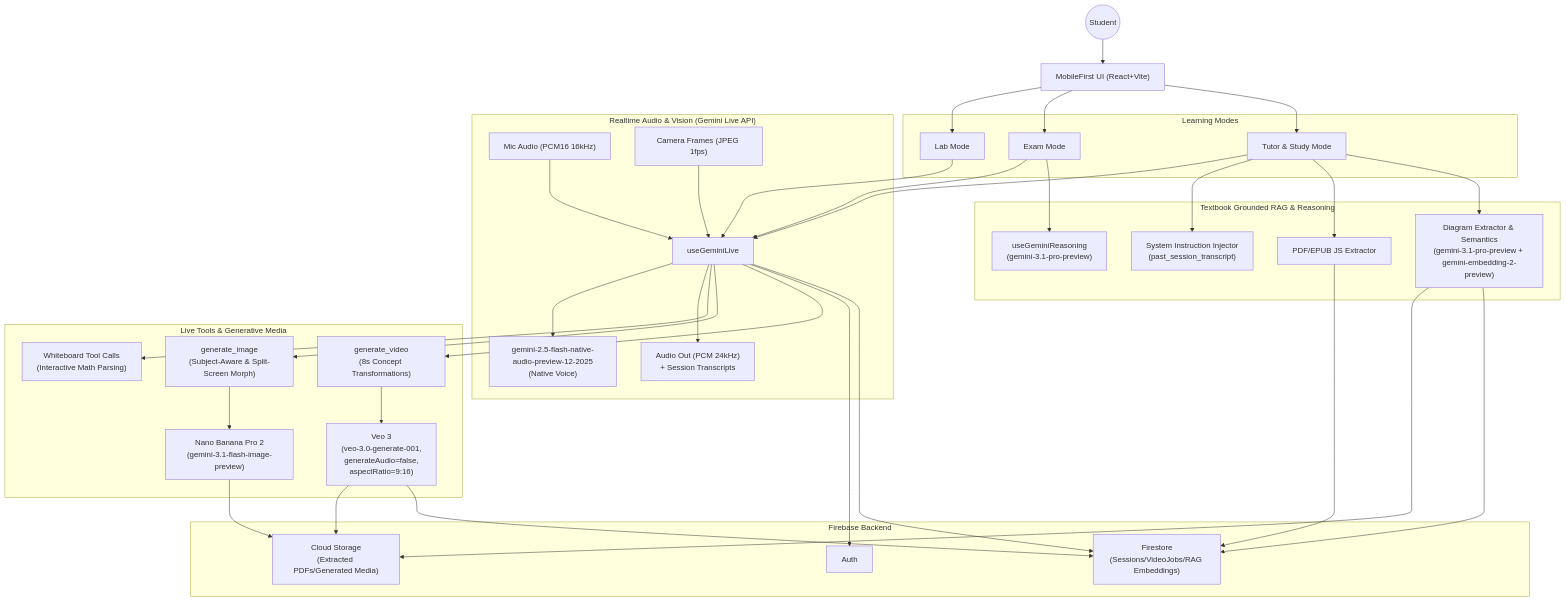
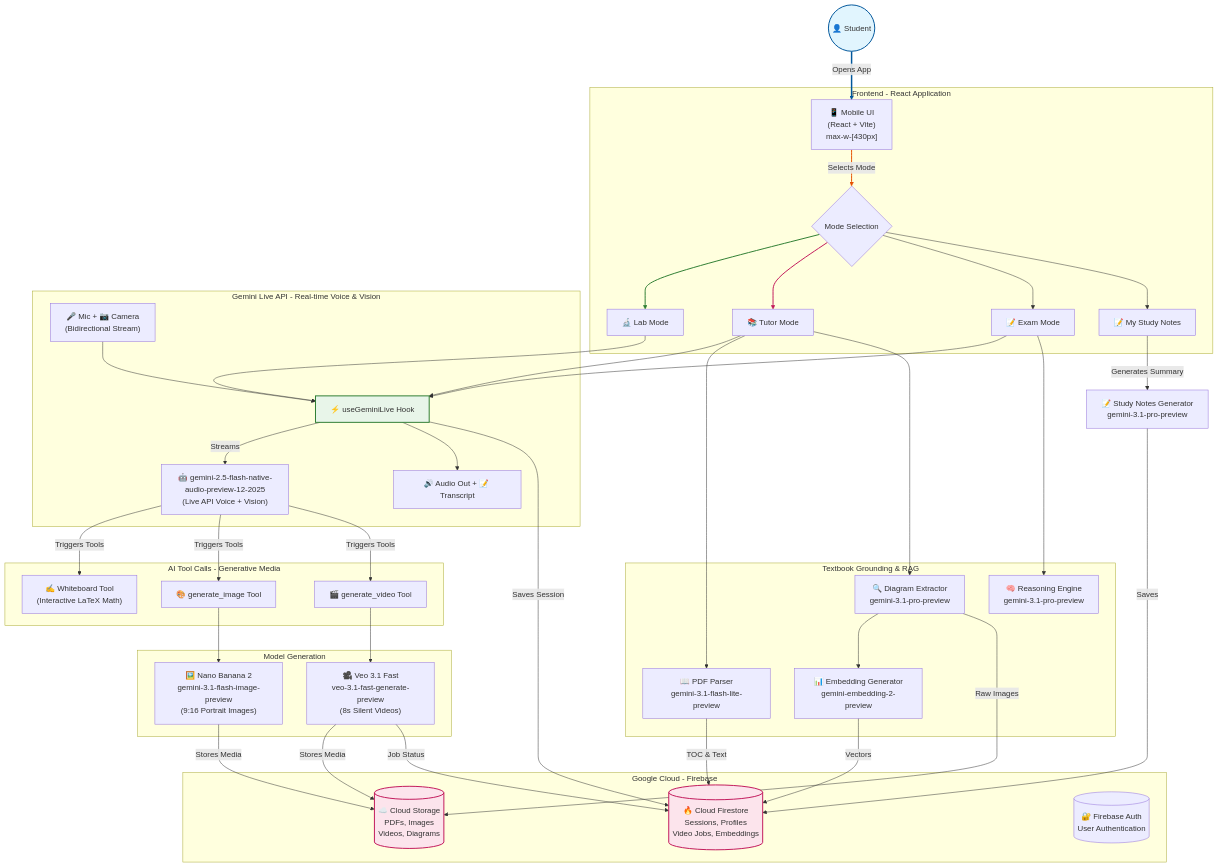
The diagram in README.md (pattipativenu/MAMA-AI-live-Agentic-Tutor-), drawn with Mermaid before and after one commit. The commit also changed other lines of this file and 4 other files, not shown here.

````diff
--- a/README.md
+++ b/README.md
@@ -26,74 +50,95 @@
 ```mermaid
 flowchart TB
-  User((Student))
-  MobileUI["MobileFirst UI (React+Vite)"]
-  User --> MobileUI
-
-  subgraph Modes["Learning Modes"]
-    LabMode["Lab Mode"]
-    ExamMode["Exam Mode"]
-    TutorMode["Tutor & Study Mode"]
-  end
-
-  MobileUI --> LabMode
-  MobileUI --> ExamMode
-  MobileUI --> TutorMode
-
-  subgraph Live["Realtime Audio & Vision (Gemini Live API)"]
-    useGeminiLive["useGeminiLive"]
-    LiveModelLabExam["gemini-2.5-flash-native-audio-preview-12-2025\n(Native Voice)"]
-    Mic["Mic Audio (PCM16 16kHz)"]
-    Cam["Camera Frames (JPEG 1fps)"]
-    LiveOut["Audio Out (PCM 24kHz)\n+ Session Transcripts"]
-  end
-
-  LabMode --> useGeminiLive
-  ExamMode --> useGeminiLive
-  TutorMode --> useGeminiLive
-
-  useGeminiLive --> LiveModelLabExam
-  Mic --> useGeminiLive
-  Cam --> useGeminiLive
-  useGeminiLive --> LiveOut
-
-  subgraph Tools["Live Tools & Generative Media"]
-    Whiteboard["Whiteboard Tool Calls\n(Interactive Math Parsing)"]
-    ImgTool["generate_image\n(Subject-Aware & Split-Screen Morph)"]
-    VidTool["generate_video\n(8s Concept Transformations)"]
-    ImgGen["Nano Banana Pro 2\n(gemini-3.1-flash-image-preview)"]
-    VidGen["Veo 3\n(veo-3.0-generate-001,\ngenerateAudio=false,\naspectRatio=9:16)"]
-  end
-
-  useGeminiLive --> Whiteboard
-  useGeminiLive --> ImgTool
-  useGeminiLive --> VidTool
-  ImgTool --> ImgGen
-  VidTool --> VidGen
-
-  subgraph Firebase["Firebase Backend"]
-    Auth["Auth"]
-    Firestore["Firestore\n(Sessions/VideoJobs/RAG Embeddings)"]
-    Storage["Cloud Storage\n(Extracted PDFs/Generated Media)"]
-  end
-
-  useGeminiLive --> Auth
-  useGeminiLive --> Firestore
-  ImgGen --> Storage
-  VidGen --> Storage
-  VidGen --> Firestore
-
-  subgraph Grounding["Textbook Grounded RAG & Reasoning"]
-    TutorText["System Instruction Injector\n(past_session_transcript)"]
-    Eval["useGeminiReasoning\n(gemini-3.1-pro-preview)"]
-    TextbookParse["PDF/EPUB JS Extractor"]
-    DiagramExtract["Diagram Extractor & Semantics\n(gemini-3.1-pro-preview + gemini-embedding-2-preview)"]
-  end
-
-  TutorMode --> TutorText
-  ExamMode --> Eval
-  TutorMode --> TextbookParse
-  TutorMode --> DiagramExtract
-  TextbookParse --> Firestore
-  DiagramExtract --> Storage
-  DiagramExtract --> Firestore
+    %% Styling
+    classDef user fill:#e1f5fe,stroke:#01579b,stroke-width:2px
+    classDef frontend fill:#fff3e0,stroke:#e65100,stroke-width:2px
+    classDef gemini fill:#e8f5e9,stroke:#2e7d32,stroke-width:2px
+    classDef storage fill:#fce4ec,stroke:#c2185b,stroke-width:2px
+    classDef process fill:#f3e5f5,stroke:#7b1fa2,stroke-width:2px
+    
+    %% User Layer
+    User((👤 Student)):::user --> |"Opens App"| MobileUI["📱 Mobile UI<br/>(React + Vite)<br/>max-w-[430px]"]
+    
+    %% Frontend Layer
+    subgraph Frontend["Frontend - React Application"]
+        MobileUI --> |"Selects Mode"| ModeSelector{"Mode Selection"}
+        ModeSelector --> LabMode["🔬 Lab Mode"]
+        ModeSelector --> TutorMode["📚 Tutor Mode"]
+        ModeSelector --> ExamMode["📝 Exam Mode"]
+        ModeSelector --> NotesMode["📝 My Study Notes"]
+    end
+    
+    %% Live API Layer
+    subgraph LiveAPI["Gemini Live API - Real-time Voice & Vision"]
+        useGeminiLive["⚡ useGeminiLive Hook"]:::gemini
+        LiveModel["🤖 gemini-2.5-flash-native-audio-preview-12-2025<br/>(Live API Voice + Vision)"]
+        Inputs["🎤 Mic + 📷 Camera<br/>(Bidirectional Stream)"]
+        Outputs["🔊 Audio Out + 📝 Transcript"]
+    end
+    
+    LabMode --> useGeminiLive
+    ExamMode --> useGeminiLive
+    TutorMode --> useGeminiLive
+    useGeminiLive --> |"Streams"| LiveModel
+    Inputs --> useGeminiLive
+    useGeminiLive --> Outputs
+    
+    %% Tool Calling Layer
+    subgraph Tools["AI Tool Calls - Generative Media"]
+        Whiteboard["✍️ Whiteboard Tool<br/>(Interactive LaTeX Math)"]
+        ImgTool["🎨 generate_image Tool"]
+        VidTool["🎬 generate_video Tool"]
+    end
+    
+    LiveModel --> |"Triggers Tools"| Whiteboard
+    LiveModel --> |"Triggers Tools"| ImgTool
+    LiveModel --> |"Triggers Tools"| VidTool
+    
+    %% Generation Layer
+    subgraph Generation["Model Generation"]
+        ImgGen["🖼️ Nano Banana 2<br/>gemini-3.1-flash-image-preview<br/>(9:16 Portrait Images)"]
+        VidGen["🎥 Veo 3.1 Fast<br/>veo-3.1-fast-generate-preview<br/>(8s Silent Videos)"]
+    end
+    
+    ImgTool --> ImgGen
+    VidTool --> VidGen
+    
+    %% RAG Layer
+    subgraph RAG["Textbook Grounding & RAG"]
+        TextbookParse["📖 PDF Parser<br/>gemini-3.1-flash-lite-preview"]
+        DiagramExtract["🔍 Diagram Extractor<br/>gemini-3.1-pro-preview"]
+        Embeddings["📊 Embedding Generator<br/>gemini-embedding-2-preview"]
+        Reasoning["🧠 Reasoning Engine<br/>gemini-3.1-pro-preview"]
+    end
+    
+    TutorMode --> TextbookParse
+    TutorMode --> DiagramExtract
+    ExamMode --> Reasoning
+    DiagramExtract --> Embeddings
+    
+    %% Storage Layer
+    subgraph Firebase["Google Cloud - Firebase"]
+        Firestore[("🔥 Cloud Firestore<br/>Sessions, Profiles<br/>Video Jobs, Embeddings")]:::storage
+        Storage[("☁️ Cloud Storage<br/>PDFs, Images<br/>Videos, Diagrams")]:::storage
+        Auth[("🔐 Firebase Auth<br/>User Authentication")]
+    end
+    
+    %% Data Persistence Flow
+    useGeminiLive --> |"Saves Session"| Firestore
+    ImgGen --> |"Stores Media"| Storage
+    VidGen --> |"Stores Media"| Storage
+    VidGen --> |"Job Status"| Firestore
+    TextbookParse --> |"TOC & Text"| Firestore
+    DiagramExtract --> |"Raw Images"| Storage
+    Embeddings --> |"Vectors"| Firestore
+    
+    %% Study Notes Flow
+    NotesMode --> |"Generates Summary"| StudyNotes["📝 Study Notes Generator<br/>gemini-3.1-pro-preview"]
+    StudyNotes --> |"Saves"| Firestore
+    
+    %% Styling links
+    linkStyle 0 stroke:#01579b,stroke-width:3px
+    linkStyle 1 stroke:#e65100,stroke-width:2px
+    linkStyle 2 stroke:#2e7d32,stroke-width:2px
+    linkStyle 3 stroke:#c2185b,stroke-width:2px
 ```
````
